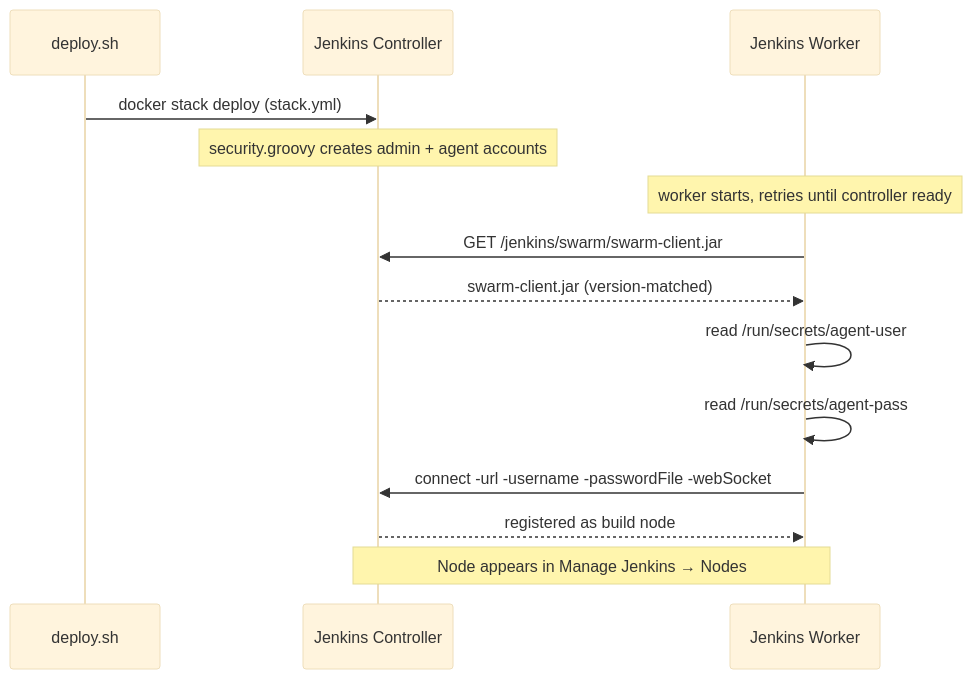
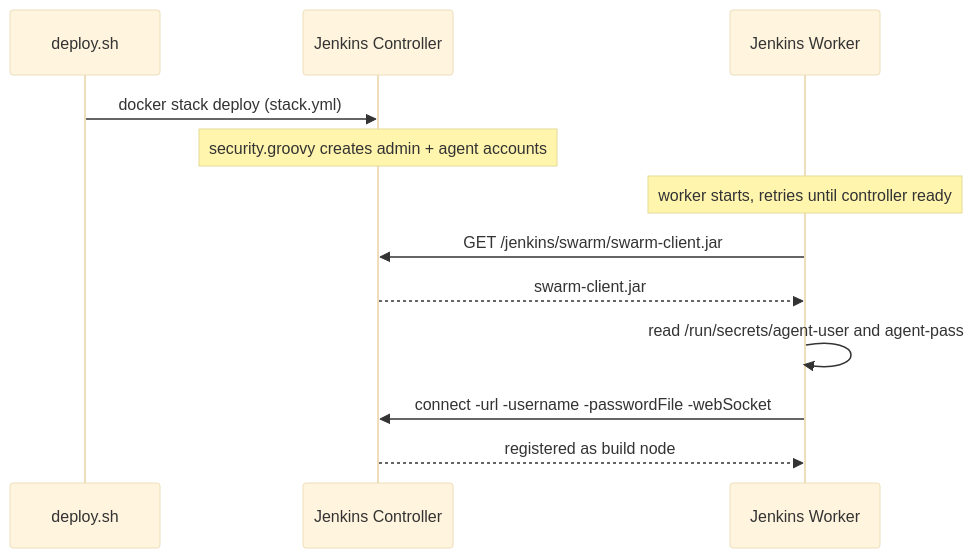
One commit to sangharshcs/deploy-jenkins changed the second of 3 diagrams in README.md. Above: the diagram before and after it, drawn with Mermaid (base theme). The commit also changed other lines of this file and 6 other files, not shown here.

````diff
--- a/README.md
+++ b/README.md
@@ -149,21 +129,18 @@
 ```mermaid
 sequenceDiagram
     participant S as deploy.sh
     participant C as Jenkins Controller
     participant W as Jenkins Worker
 
     S->>C: docker stack deploy (stack.yml)
     Note over C: security.groovy creates admin + agent accounts
     Note over W: worker starts, retries until controller ready
 
     W->>C: GET /jenkins/swarm/swarm-client.jar
-    C-->>W: swarm-client.jar (version-matched)
+    C-->>W: swarm-client.jar
 
-    W->>W: read /run/secrets/agent-user
-    W->>W: read /run/secrets/agent-pass
+    W->>W: read /run/secrets/agent-user and agent-pass
 
     W->>C: connect -url -username -passwordFile -webSocket
     C-->>W: registered as build node
-
-    Note over C,W: Node appears in Manage Jenkins → Nodes
 ```
````
